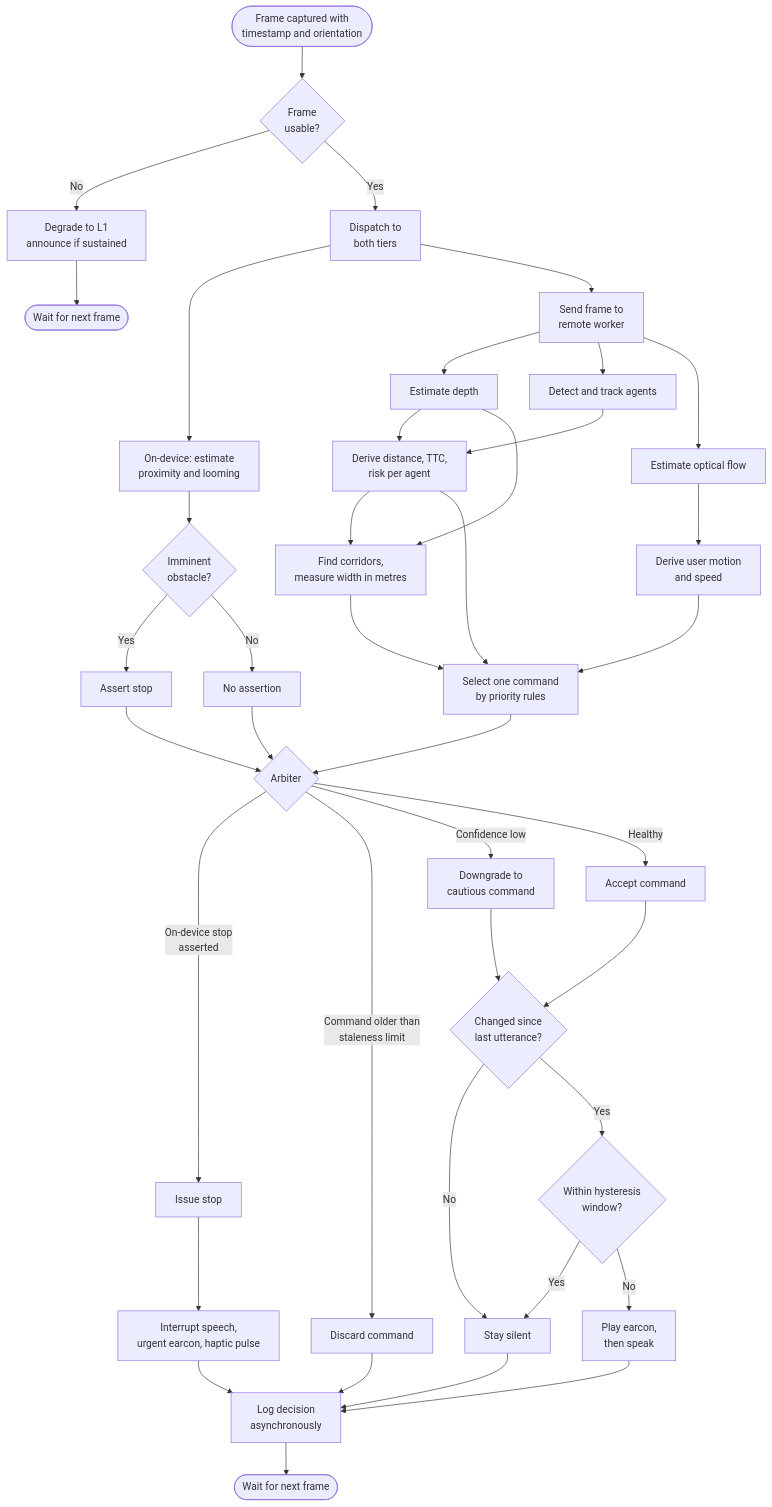
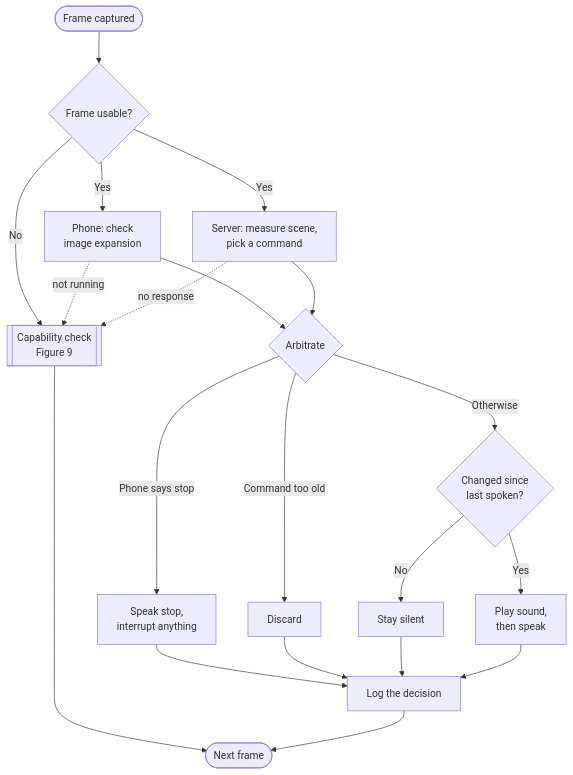
The seventh of 14 diagrams in docs/SRS.md (shahalam22/WalkSafe), drawn with Mermaid before and after one commit. The commit also changed other lines of this file and 1 other file, not shown here.

````diff
--- a/docs/SRS.md
+++ b/docs/SRS.md
@@ -516,49 +544,27 @@
 ```mermaid
 flowchart TD
-    START([Frame captured with<br/>timestamp and orientation]) --> SCORE{Frame<br/>usable?}
-    SCORE -->|No| DEG[Degrade to L1<br/>announce if sustained]
-    DEG --> END1([Wait for next frame])
-    SCORE -->|Yes| FORK[Dispatch to<br/>both tiers]
+    A([Frame captured]) --> B{Frame usable?}
+    B -->|No| DEG[["Capability check<br/>Figure 9"]]
+    DEG --> Z([Next frame])
+    B -->|Yes| C[Phone: check<br/>image expansion]
+    B -->|Yes| D[Server: measure scene,<br/>pick a command]
 
-    FORK --> RFX[On-device: estimate<br/>proximity and looming]
-    RFX --> IMM{Imminent<br/>obstacle?}
-    IMM -->|Yes| VETO[Assert stop]
-    IMM -->|No| NOVETO[No assertion]
+    C -.->|not running| DEG
+    D -.->|no response| DEG
 
-    FORK --> SEND[Send frame to<br/>remote worker]
-    SEND --> DEPTH[Estimate depth]
-    SEND --> DETECT[Detect and track agents]
-    SEND --> FLOW[Estimate optical flow]
-    DEPTH --> INTERP[Derive distance, TTC,<br/>risk per agent]
-    DETECT --> INTERP
-    DEPTH --> GAPS[Find corridors,<br/>measure width in metres]
-    INTERP --> GAPS
-    FLOW --> EGO[Derive user motion<br/>and speed]
-    INTERP --> DECIDE[Select one command<br/>by priority rules]
-    GAPS --> DECIDE
-    EGO --> DECIDE
+    C --> E{Arbitrate}
+    D --> E
 
-    VETO --> ARB{Arbiter}
-    NOVETO --> ARB
-    DECIDE --> ARB
+    E -->|Phone says stop| F[Speak stop,<br/>interrupt anything]
+    E -->|Command too old| G[Discard]
+    E -->|Otherwise| H{Changed since<br/>last spoken?}
 
-    ARB -->|On-device stop<br/>asserted| OUT[Issue stop]
-    ARB -->|Command older than<br/>staleness limit| DROP[Discard command]
-    ARB -->|Confidence low| DOWN[Downgrade to<br/>cautious command]
-    ARB -->|Healthy| PASS[Accept command]
+    H -->|No| I[Stay silent]
+    H -->|Yes| J[Play sound,<br/>then speak]
 
-    DOWN --> CHANGE
-    PASS --> CHANGE{Changed since<br/>last utterance?}
-    CHANGE -->|No| SILENT[Stay silent]
-    CHANGE -->|Yes| HYST{Within hysteresis<br/>window?}
-    HYST -->|Yes| SILENT
-    HYST -->|No| SPEAK[Play earcon,<br/>then speak]
-
-    OUT --> URGENT[Interrupt speech,<br/>urgent earcon, haptic pulse]
-
-    SPEAK --> LOG[Log decision<br/>asynchronously]
-    URGENT --> LOG
-    SILENT --> LOG
-    DROP --> LOG
-    LOG --> END2([Wait for next frame])
+    F --> K[Log the decision]
+    G --> K
+    I --> K
+    J --> K
+    K --> Z
 ```
````
